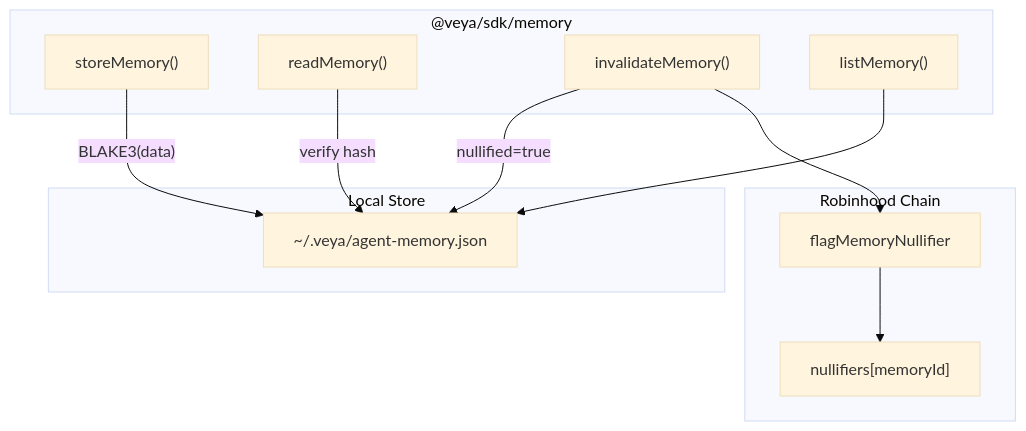
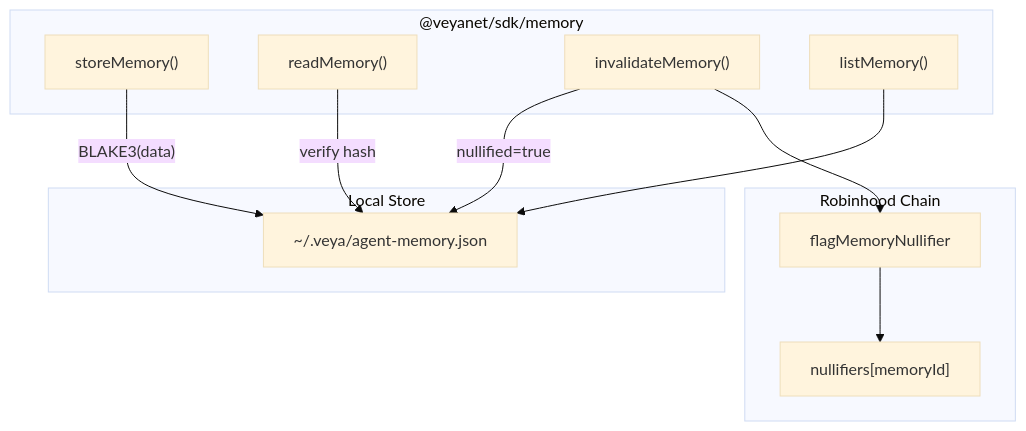
Before and after one commit to veyanet/veya-sdk: the first of 2 diagrams in docs/sdk/memory.md, drawn with Mermaid (base theme). The commit also changed other lines of this file and 34 other files, not shown here.

Commit message:
refactor(sdk): update package scope to @veyanet/sdk

````diff
--- a/docs/sdk/memory.md
+++ b/docs/sdk/memory.md
@@ -72,25 +72,25 @@
 ```mermaid
 flowchart TB
-    subgraph SDK["@veya/sdk/memory"]
+    subgraph SDK["@veyanet/sdk/memory"]
         SM["storeMemory()"]
         RM["readMemory()"]
         IM["invalidateMemory()"]
         LM["listMemory()"]
     end
 
     subgraph Local["Local Store"]
         JSON["~/.veya/agent-memory.json"]
     end
 
     subgraph Chain["Robinhood Chain"]
         FN["flagMemoryNullifier"]
         MAP["nullifiers[memoryId]"]
     end
 
     SM -->|"BLAKE3(data)"| JSON
     RM -->|"verify hash"| JSON
     IM -->|"nullified=true"| JSON
     LM --> JSON
     IM --> FN
     FN --> MAP
 ```
````
